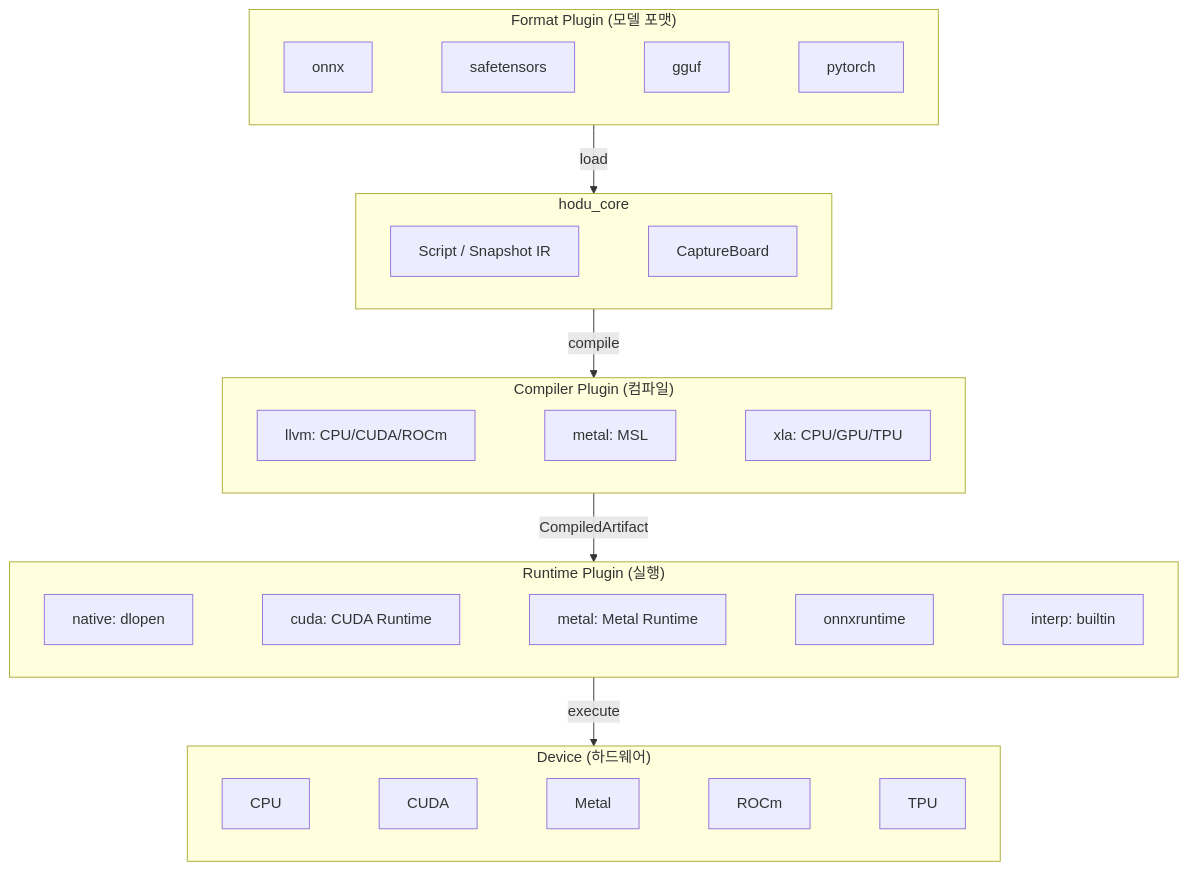
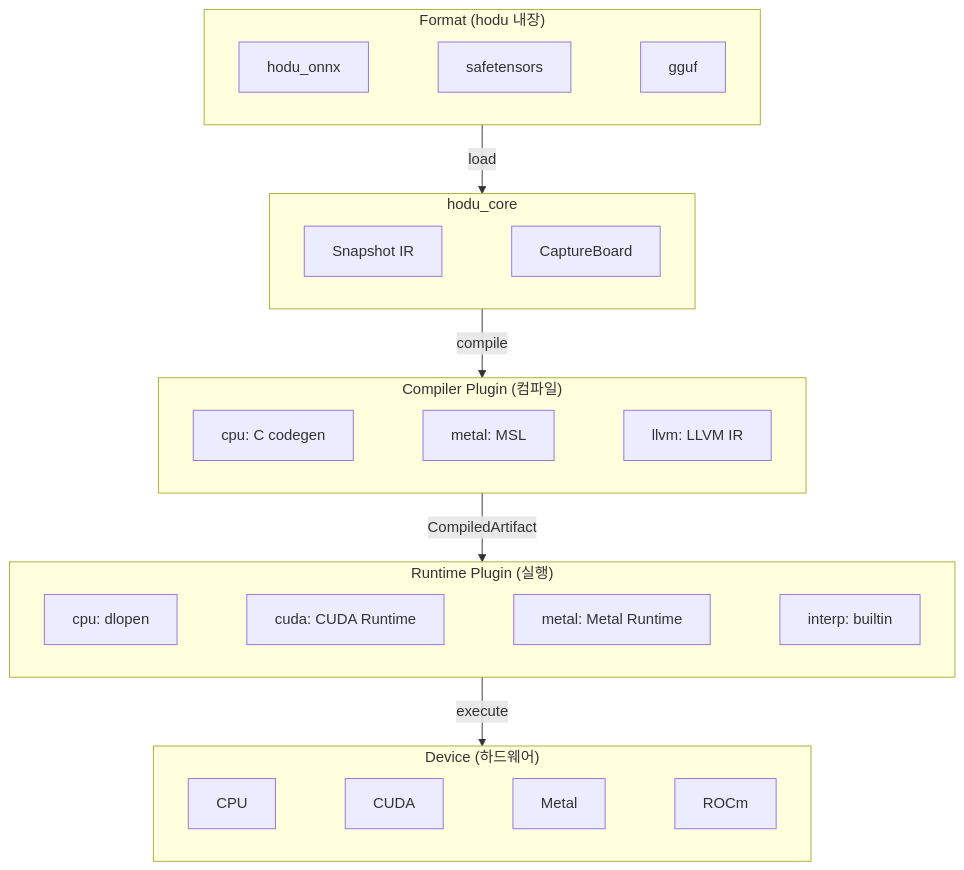
The first of 4 diagrams in docs/TODOS_0.3.0-2.md (hodu-rs/hodu), drawn with Mermaid before and after one commit. The commit also changed other lines of this file and 50 other files, not shown here.

````diff
--- a/docs/TODOS_0.3.0-2.md
+++ b/docs/TODOS_0.3.0-2.md
@@ -11,27 +12,27 @@
 ```mermaid
 flowchart TB
-    subgraph Format["Format Plugin (모델 포맷)"]
-        F1[onnx] ~~~ F2[safetensors] ~~~ F3[gguf] ~~~ F4[pytorch]
+    subgraph Format["Format (hodu 내장)"]
+        F1[hodu_onnx] ~~~ F2[safetensors] ~~~ F3[gguf]
     end
 
     subgraph Core["hodu_core"]
-        IR[Script / Snapshot IR] ~~~ CB[CaptureBoard]
+        IR[Snapshot IR] ~~~ CB[CaptureBoard]
     end
 
     subgraph Compiler["Compiler Plugin (컴파일)"]
-        C1[llvm: CPU/CUDA/ROCm] ~~~ C2[metal: MSL] ~~~ C3[xla: CPU/GPU/TPU]
+        C1[cpu: C codegen] ~~~ C2[metal: MSL] ~~~ C3[llvm: LLVM IR]
     end
 
     subgraph Runtime["Runtime Plugin (실행)"]
-        R1[native: dlopen] ~~~ R2[cuda: CUDA Runtime] ~~~ R3[metal: Metal Runtime] ~~~ R4[onnxruntime] ~~~ R5[interp: builtin]
+        R1[cpu: dlopen] ~~~ R2[cuda: CUDA Runtime] ~~~ R3[metal: Metal Runtime] ~~~ R4[interp: builtin]
     end
 
     subgraph Device["Device (하드웨어)"]
-        D1[CPU] ~~~ D2[CUDA] ~~~ D3[Metal] ~~~ D4[ROCm] ~~~ D5[TPU]
+        D1[CPU] ~~~ D2[CUDA] ~~~ D3[Metal] ~~~ D4[ROCm]
     end
 
     Format -->|load| Core
     Core -->|compile| Compiler
     Compiler -->|CompiledArtifact| Runtime
     Runtime -->|execute| Device
 ```
````
